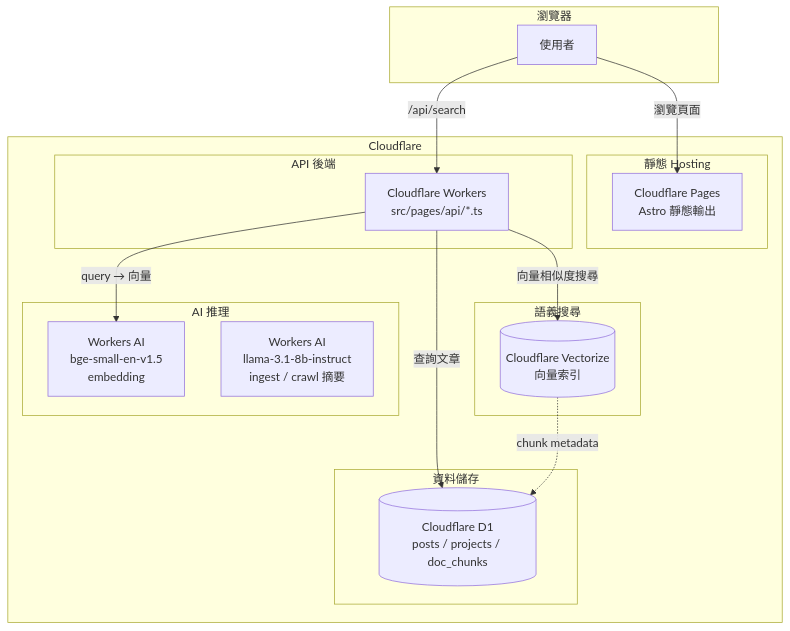
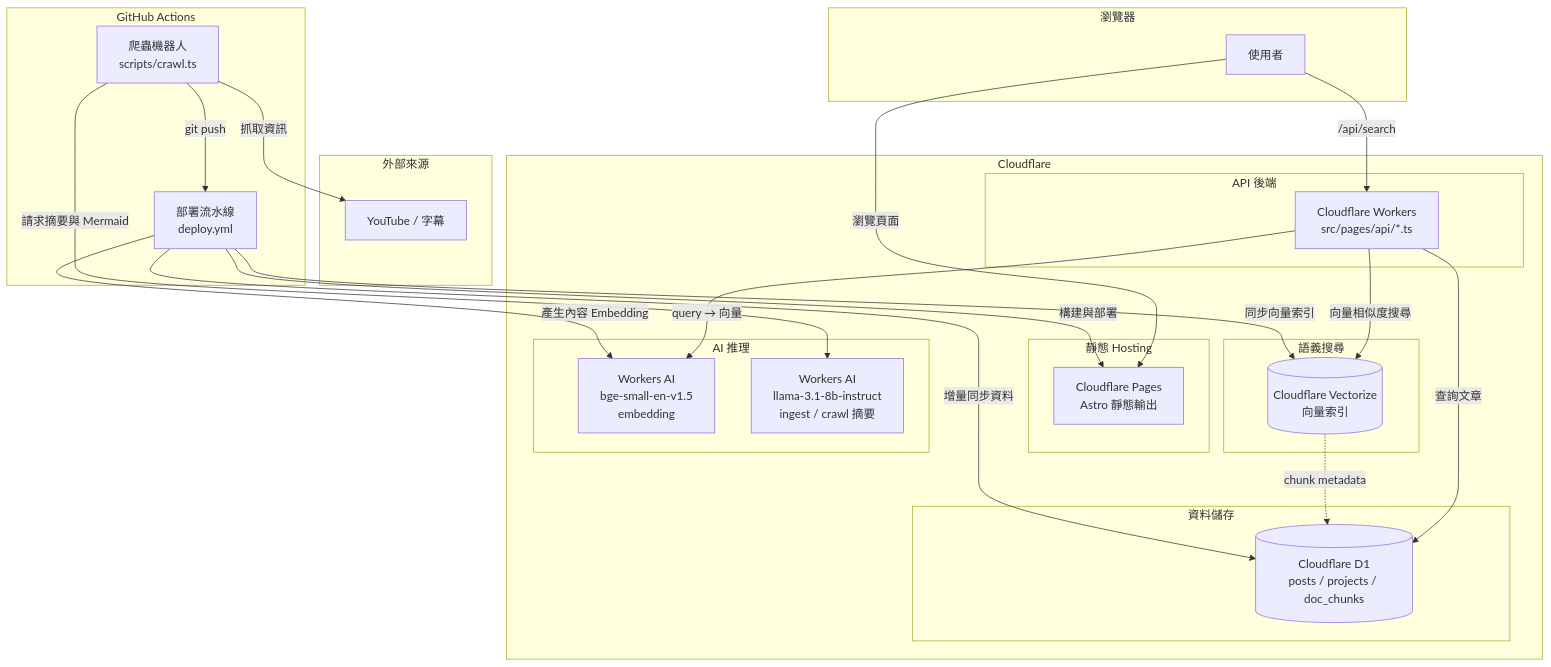
Before and after one commit to a920604a/engineernews: the first of 4 diagrams in docs/architecture.md, drawn with Mermaid. The commit also changed 1 other file, not shown here.

Commit message:
feat: Update deployment workflow and enhance architecture documentation with external sources and processes

````diff
--- a/docs/architecture.md
+++ b/docs/architecture.md
@@ -15,36 +15,55 @@
 ```mermaid
 graph TD
   subgraph Client[瀏覽器]
     Browser[使用者]
+  end
+
+  subgraph External[外部來源]
+    YouTube[YouTube / 字幕]
+  end
+
+  subgraph GHA[GitHub Actions]
+    Crawler[爬蟲機器人\nscripts/crawl.ts]
+    Deploy[部署流水線\ndeploy.yml]
   end
 
   subgraph CF[Cloudflare]
     subgraph Frontend[靜態 Hosting]
       Pages[Cloudflare Pages\nAstro 靜態輸出]
     end
 
     subgraph Backend[API 後端]
       Workers[Cloudflare Workers\nsrc/pages/api/*.ts]
     end
 
     subgraph Storage[資料儲存]
       D1[(Cloudflare D1\nposts / projects / doc_chunks)]
     end
 
     subgraph VectorSearch[語義搜尋]
       Vectorize[(Cloudflare Vectorize\n向量索引)]
     end
 
     subgraph AI[AI 推理]
       BGE[Workers AI\nbge-small-en-v1.5\nembedding]
       LLM[Workers AI\nllama-3.1-8b-instruct\ningest / crawl 摘要]
     end
   end
 
+  %% 使用者流程
   Browser -->|瀏覽頁面| Pages
   Browser -->|/api/search| Workers
   Workers -->|查詢文章| D1
   Workers -->|向量相似度搜尋| Vectorize
   Workers -->|query → 向量| BGE
   Vectorize -.->|chunk metadata| D1
+
+  %% 機器人流程
+  Crawler -->|抓取資訊| YouTube
+  Crawler -->|請求摘要與 Mermaid| LLM
+  Crawler -->|git push| Deploy
+  Deploy -->|構建與部署| Pages
+  Deploy -->|增量同步資料| D1
+  Deploy -->|同步向量索引| Vectorize
+  Deploy -->|產生內容 Embedding| BGE
 ```
````
